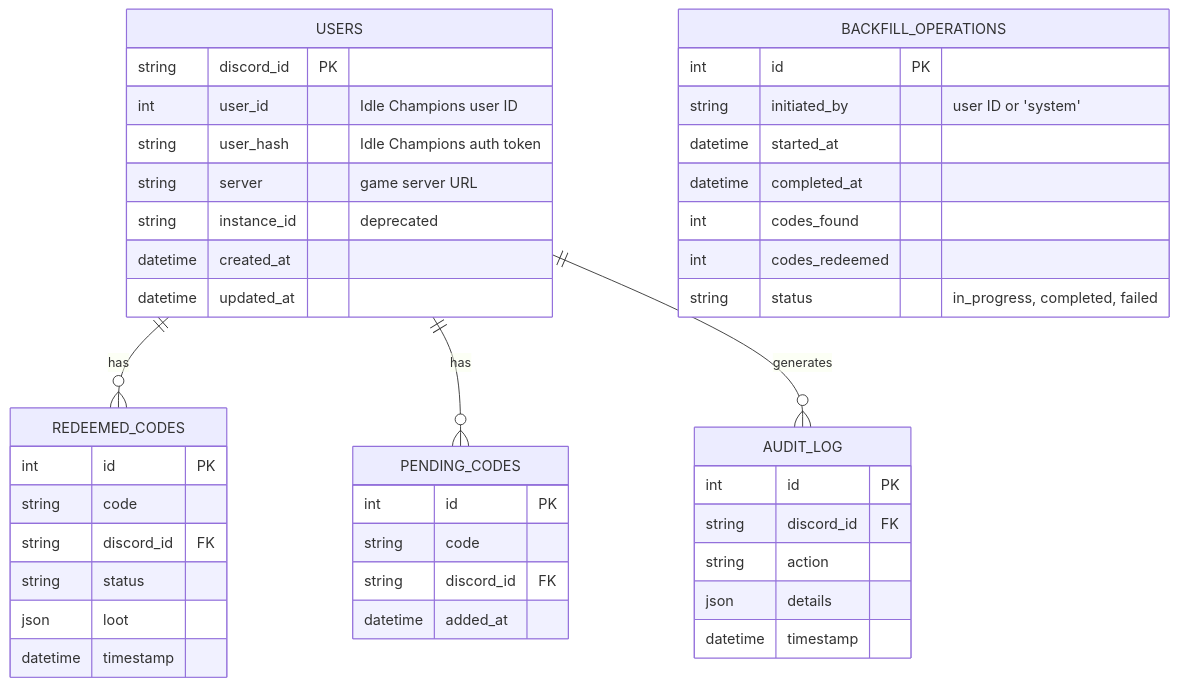
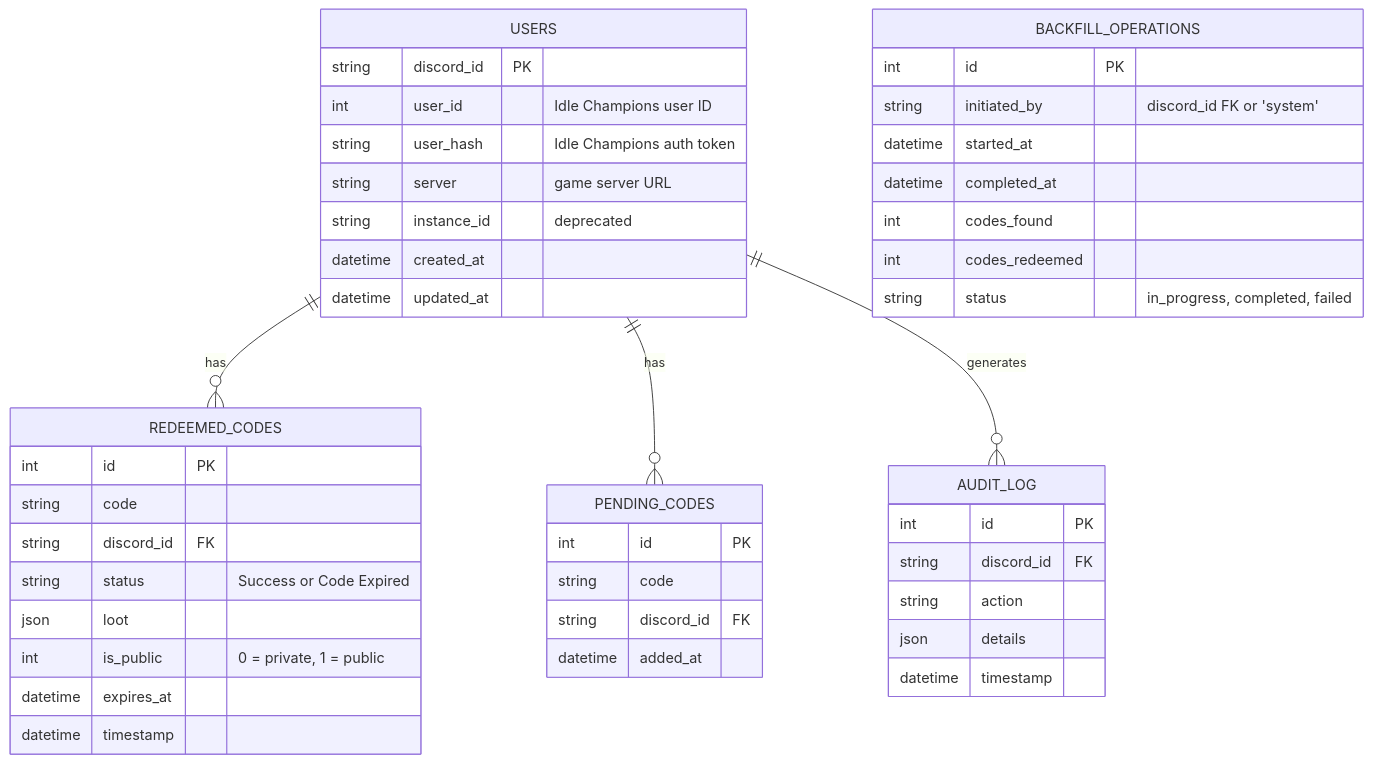
One commit to BigMichi1/IdleCodeRedeemer changed the diagram in docs/development.md. Above: the diagram before and after it, drawn with Mermaid. The commit also changed other lines of this file and 31 other files, not shown here.

````diff
--- a/docs/development.md
+++ b/docs/development.md
@@ -130,50 +152,52 @@
 ```mermaid
 erDiagram
     USERS ||--o{ REDEEMED_CODES : "has"
     USERS ||--o{ PENDING_CODES : "has"
     USERS ||--o{ AUDIT_LOG : "generates"
 
     USERS {
         string discord_id PK
         int user_id "Idle Champions user ID"
         string user_hash "Idle Champions auth token"
         string server "game server URL"
         string instance_id "deprecated"
         datetime created_at
         datetime updated_at
     }
 
     REDEEMED_CODES {
         int id PK
         string code
         string discord_id FK
-        string status
+        string status "Success or Code Expired"
         json loot
+        int is_public "0 = private, 1 = public"
+        datetime expires_at
         datetime timestamp
     }
 
     PENDING_CODES {
         int id PK
         string code
         string discord_id FK
         datetime added_at
     }
 
     AUDIT_LOG {
         int id PK
         string discord_id FK
         string action
         json details
         datetime timestamp
     }
 
     BACKFILL_OPERATIONS {
         int id PK
-        string initiated_by "user ID or 'system'"
+        string initiated_by "discord_id FK or 'system'"
         datetime started_at
         datetime completed_at
         int codes_found
         int codes_redeemed
         string status "in_progress, completed, failed"
     }
 ```
````
